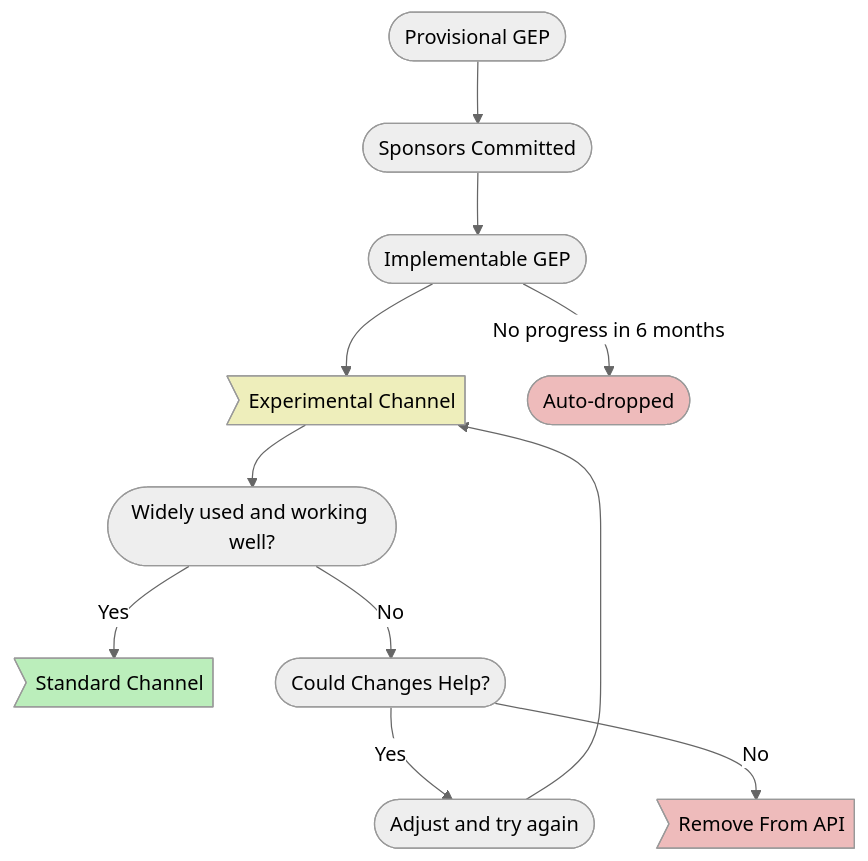
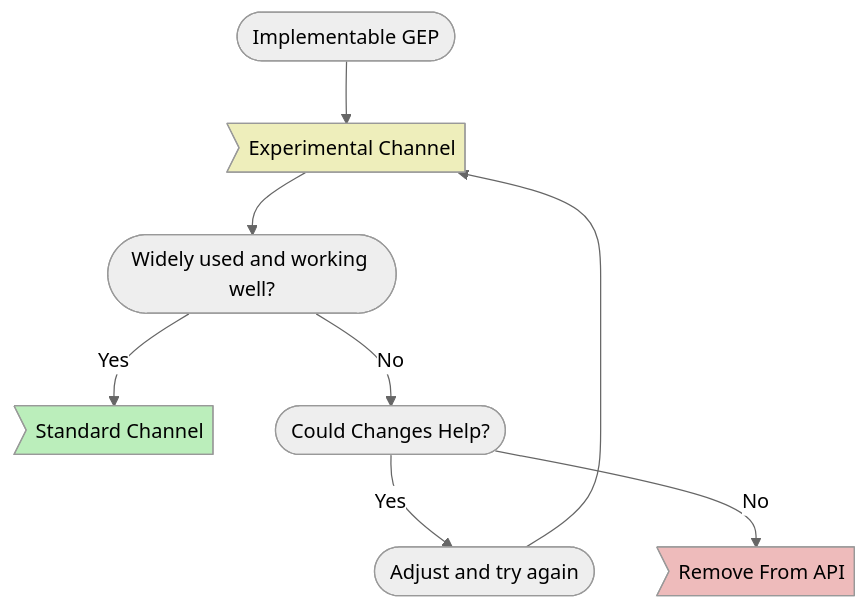
One commit to kubernetes-sigs/gateway-api changed the diagram in site-src/concepts/versioning.md. Above: the diagram before and after it, drawn with Mermaid (neutral theme). The commit also changed other lines of this file, not shown here.

````diff
--- a/site-src/concepts/versioning.md
+++ b/site-src/concepts/versioning.md
@@ -21,18 +21,14 @@
 ```mermaid
 flowchart TD
-    0([Provisional GEP]) --> 1([Sponsors Committed])
-    1 --> 2([Implementable GEP])
-    2 --> A
+    0([Implementable GEP]) --> A
     A>Experimental Channel] --> B([Widely used and working well?])
     B -->|Yes| C>Standard Channel]
     B -->|No| D([Could Changes Help?])
     D -->|Yes| E([Adjust and try again])
     D -->|No| F>Remove From API]
     E -->A
-    2 -->|No progress in 6 months| G([Auto-dropped])
-    
+
 style A fill:#eeb
 style C fill:#beb
 style F fill:#ebb
-style G fill:#ebb
 ```
````
